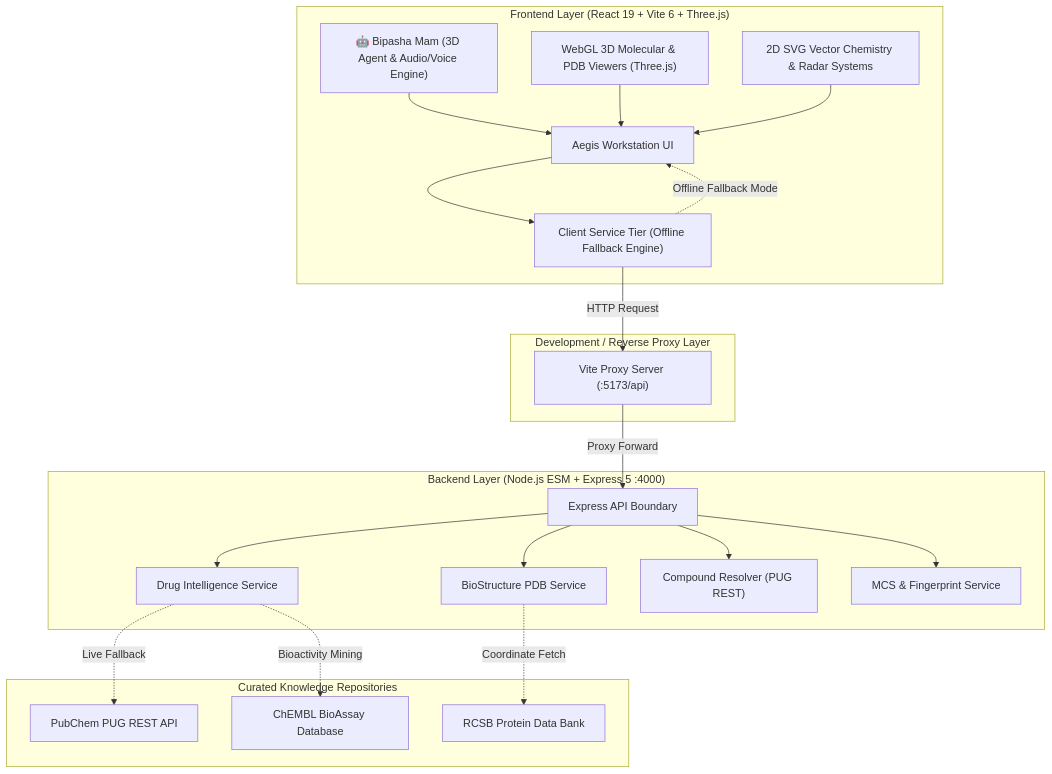
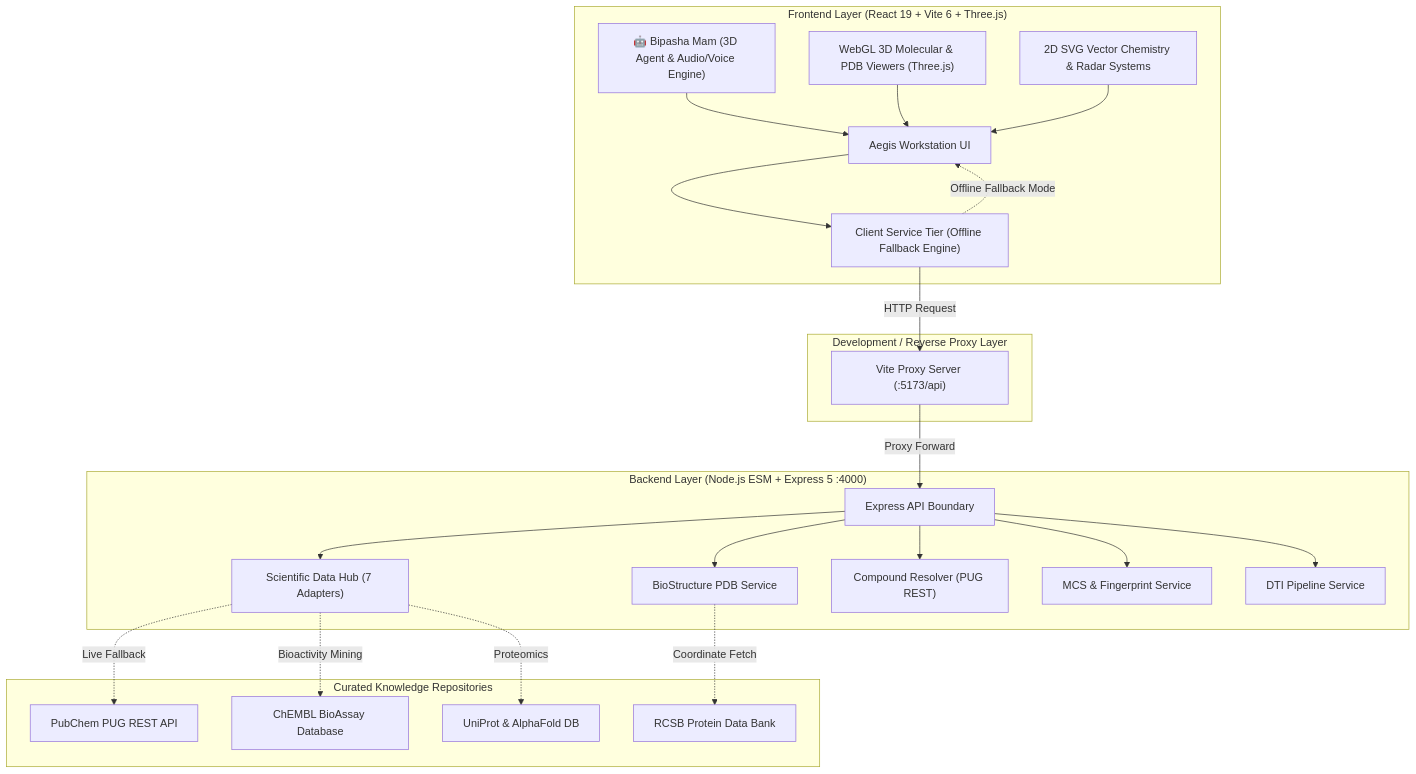
Before and after one commit to Shailesh8708/AI-Drug-Target-Interaction-Prediction: the diagram in README.md, drawn with Mermaid. The commit also changed other lines of this file and 56 other files, not shown here.

````diff
--- a/README.md
+++ b/README.md
@@ -28,43 +28,47 @@
 ```mermaid
 flowchart TB
     subgraph Client["Frontend Layer (React 19 + Vite 6 + Three.js)"]
         UI["Aegis Workstation UI"]
         Agent["🤖 Bipasha Mam (3D Agent & Audio/Voice Engine)"]
         V3D["WebGL 3D Molecular & PDB Viewers (Three.js)"]
         V2D["2D SVG Vector Chemistry & Radar Systems"]
         ClientService["Client Service Tier (Offline Fallback Engine)"]
     end
 
     subgraph Proxy["Development / Reverse Proxy Layer"]
         ViteProxy["Vite Proxy Server (:5173/api)"]
     end
 
     subgraph Server["Backend Layer (Node.js ESM + Express 5 :4000)"]
         ExpressApp["Express API Boundary"]
-        DrugService["Drug Intelligence Service"]
+        SciDataHub["Scientific Data Hub (7 Adapters)"]
         PDBService["BioStructure PDB Service"]
         CompService["Compound Resolver (PUG REST)"]
         MCSService["MCS & Fingerprint Service"]
+        DTIService["DTI Pipeline Service"]
     end
 
     subgraph External["Curated Knowledge Repositories"]
         PubChem["PubChem PUG REST API"]
         RCSB["RCSB Protein Data Bank"]
         ChEMBL["ChEMBL BioAssay Database"]
+        UniProt["UniProt & AlphaFold DB"]
     end
 
     UI --> ClientService
     Agent --> UI
     V3D --> UI
     V2D --> UI
     ClientService -->|"HTTP Request"| ViteProxy
     ViteProxy -->|"Proxy Forward"| ExpressApp
-    ExpressApp --> DrugService
+    ExpressApp --> SciDataHub
     ExpressApp --> PDBService
     ExpressApp --> CompService
     ExpressApp --> MCSService
-    DrugService -.->|"Live Fallback"| PubChem
+    ExpressApp --> DTIService
+    SciDataHub -.->|"Live Fallback"| PubChem
     PDBService -.->|"Coordinate Fetch"| RCSB
-    DrugService -.->|"Bioactivity Mining"| ChEMBL
+    SciDataHub -.->|"Bioactivity Mining"| ChEMBL
+    SciDataHub -.->|"Proteomics"| UniProt
     ClientService -.->|"Offline Fallback Mode"| UI
 ```
````
